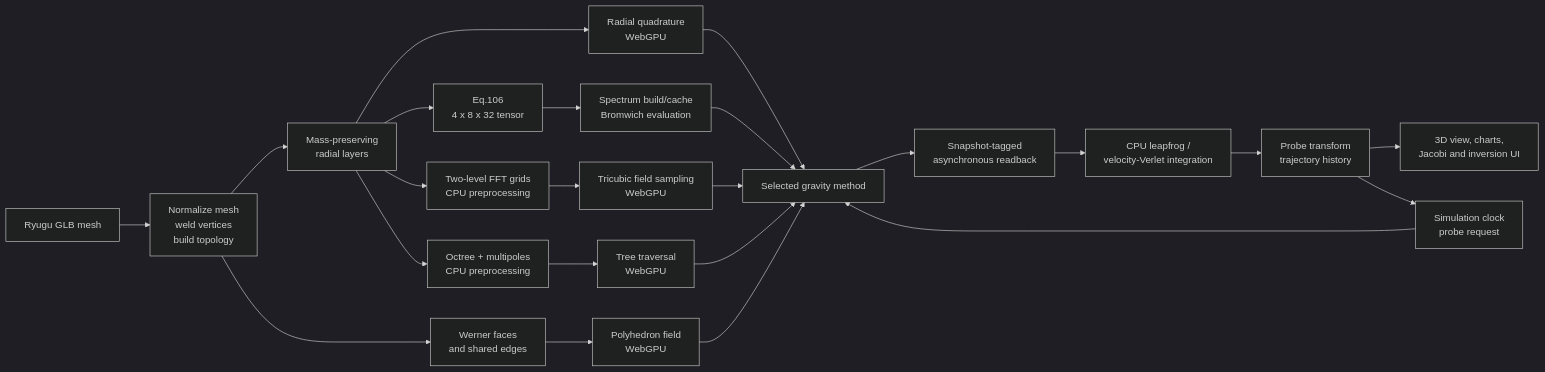
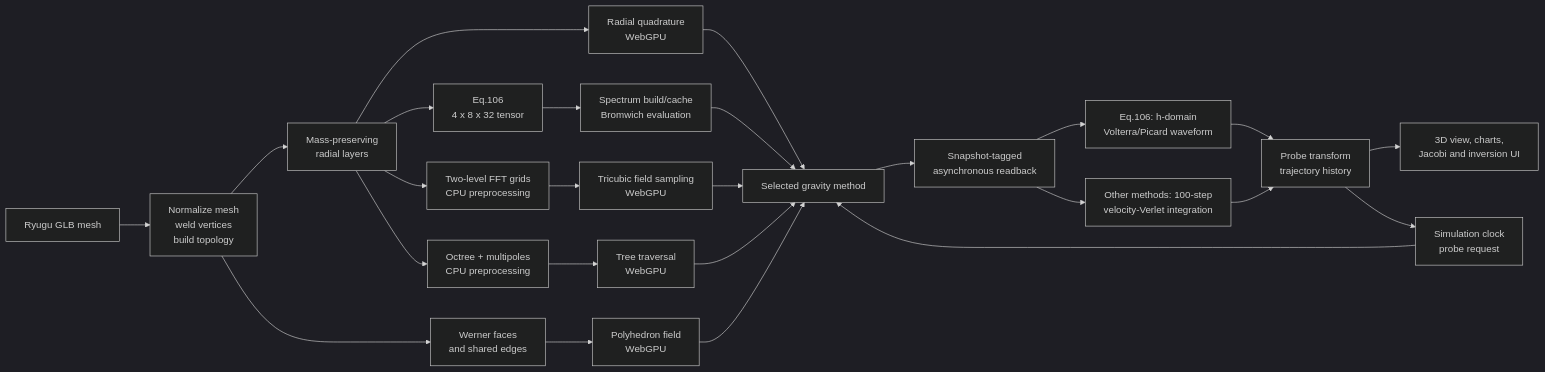
One commit to Tom-Jim/RyuGu_WASM changed the fourth of 11 diagrams in README.md. Above: the diagram before and after it, drawn with Mermaid (dark theme). The commit also changed other lines of this file and 45 other files, not shown here.

````diff
--- a/README.md
+++ b/README.md
@@ -219,29 +219,31 @@
 ```mermaid
 flowchart LR
     Mesh["Ryugu GLB mesh"] --> Topology["Normalize mesh<br/>weld vertices<br/>build topology"]
     Topology --> RadialSource["Mass-preserving<br/>radial layers"]
     Topology --> WernerSource["Werner faces<br/>and shared edges"]
 
     RadialSource --> RadialGPU["Radial quadrature<br/>WebGPU"]
     RadialSource --> EqSource["Eq.106<br/>4 x 8 x 32 tensor"]
     RadialSource --> MMFFTBuild["Two-level FFT grids<br/>CPU preprocessing"]
     RadialSource --> FMMBuild["Octree + multipoles<br/>CPU preprocessing"]
 
     EqSource --> EqGPU["Spectrum build/cache<br/>Bromwich evaluation"]
     MMFFTBuild --> MMFFTGPU["Tricubic field sampling<br/>WebGPU"]
     FMMBuild --> FMMGPU["Tree traversal<br/>WebGPU"]
     WernerSource --> WernerGPU["Polyhedron field<br/>WebGPU"]
 
     Clock["Simulation clock<br/>probe request"] --> Select["Selected gravity method"]
     RadialGPU --> Select
     WernerGPU --> Select
     EqGPU --> Select
     MMFFTGPU --> Select
     FMMGPU --> Select
 
     Select --> Readback["Snapshot-tagged<br/>asynchronous readback"]
-    Readback --> Physics["CPU leapfrog /<br/>velocity-Verlet integration"]
-    Physics --> State["Probe transform<br/>trajectory history"]
+    Readback --> Volterra["Eq.106: h-domain<br/>Volterra/Picard waveform"]
+    Readback --> Verlet["Other methods: 100-step<br/>velocity-Verlet integration"]
+    Volterra --> State["Probe transform<br/>trajectory history"]
+    Verlet --> State
     State --> UI["3D view, charts,<br/>Jacobi and inversion UI"]
     State --> Clock
 ```
````
